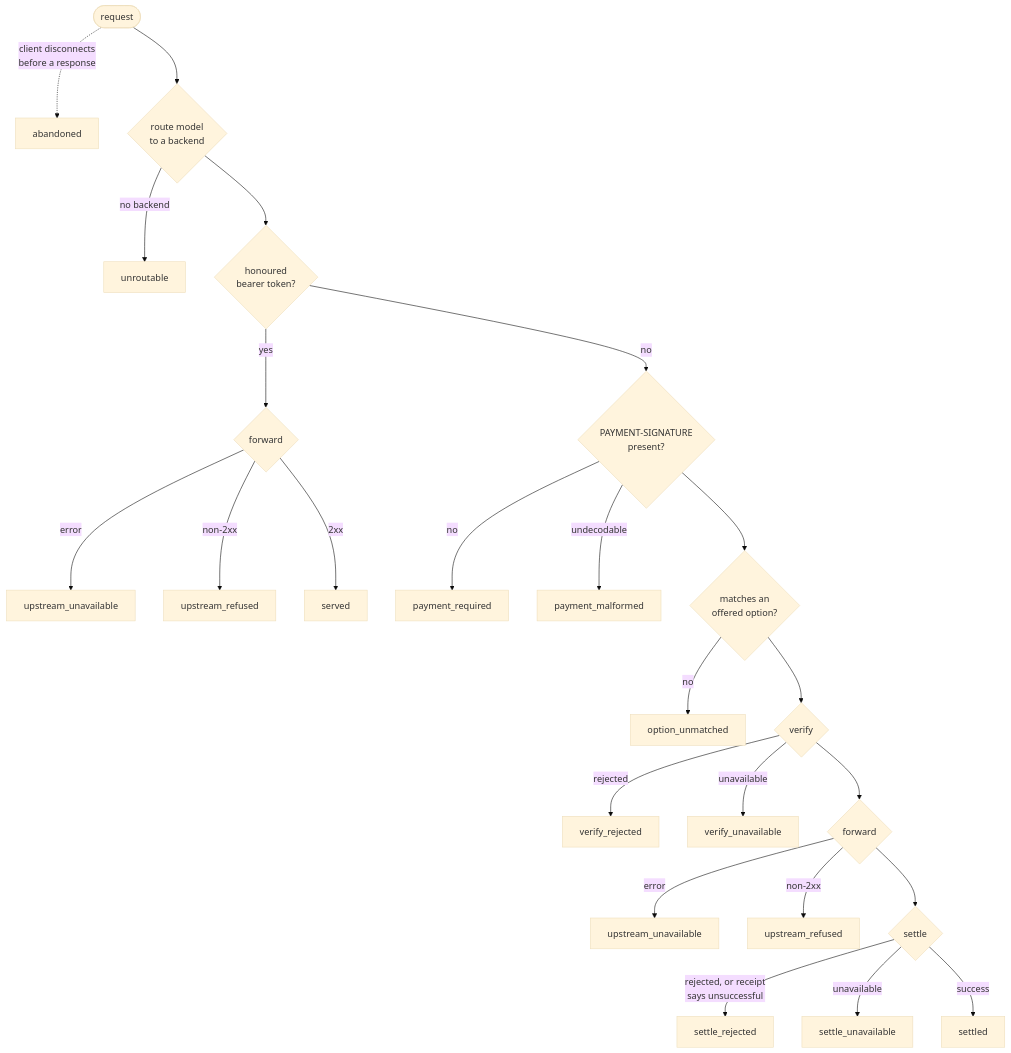
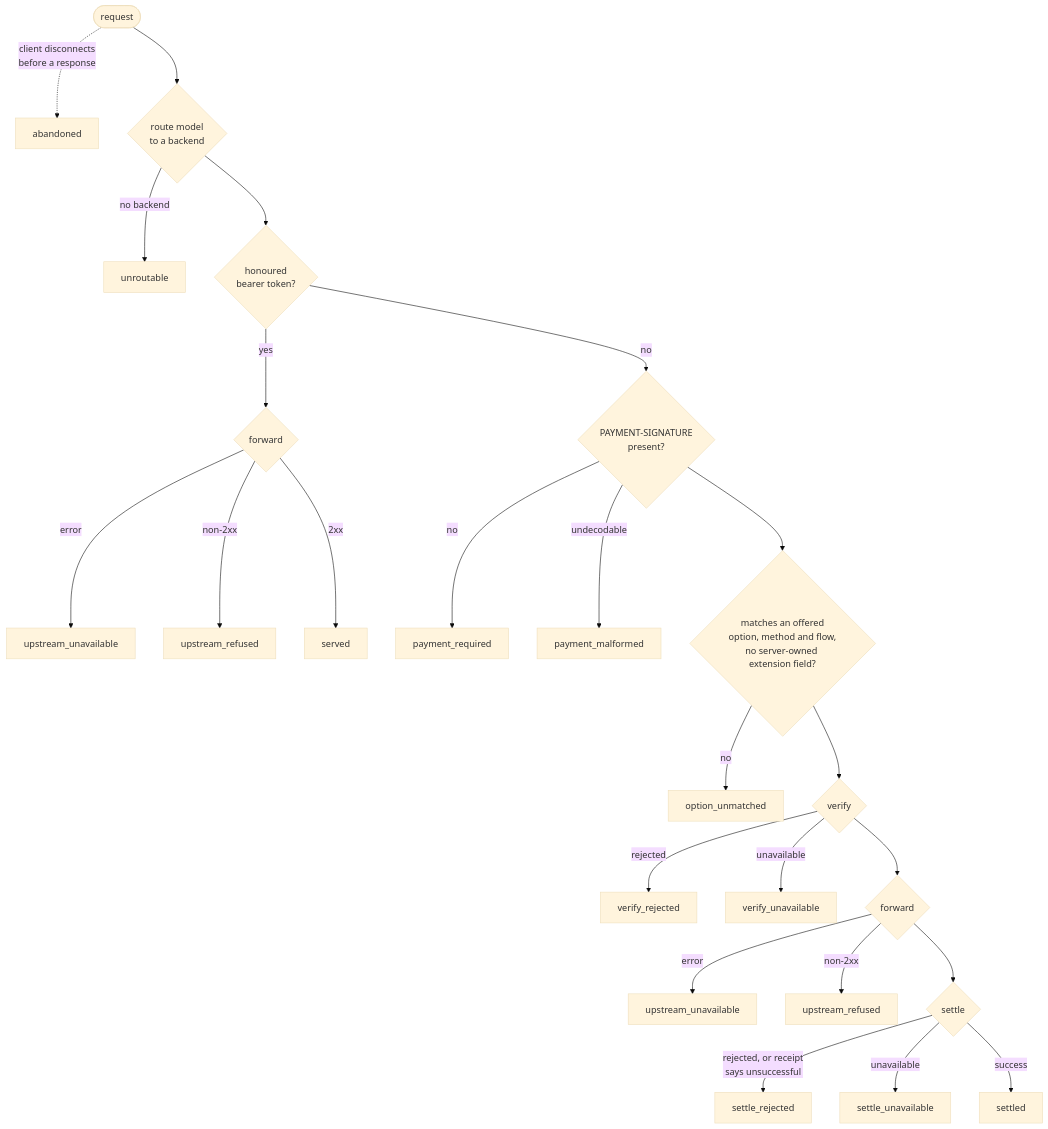
One commit to geekinasuit/obolus changed the diagram in docs/telemetry.md. Above: the diagram before and after it, drawn with Mermaid (base theme). The commit also changed 10 other files, not shown here.

First line of the commit message:
x402: refuse transfer methods and payment flows obolus does not run (#82)

````diff
--- a/docs/telemetry.md
+++ b/docs/telemetry.md
@@ -75,26 +75,26 @@
 ```mermaid
 flowchart TB
   req(["request"]) -.->|"client disconnects<br/>before a response"| abandoned["abandoned"]
   req --> route{"route model<br/>to a backend"}
   route -->|"no backend"| unroutable["unroutable"]
   route --> token{"honoured<br/>bearer token?"}
   token -->|"yes"| tfwd{"forward"}
   tfwd -->|"error"| t_unavail["upstream_unavailable"]
   tfwd -->|"non-2xx"| t_refused["upstream_refused"]
   tfwd -->|"2xx"| served["served"]
   token -->|"no"| hdr{"PAYMENT-SIGNATURE<br/>present?"}
   hdr -->|"no"| required["payment_required"]
   hdr -->|"undecodable"| malformed["payment_malformed"]
-  hdr --> match{"matches an<br/>offered option?"}
+  hdr --> match{"matches an offered<br/>option, method and flow,<br/>no server-owned extension field?"}
   match -->|"no"| unmatched["option_unmatched"]
   match --> verify{"verify"}
   verify -->|"rejected"| v_rej["verify_rejected"]
   verify -->|"unavailable"| v_unavail["verify_unavailable"]
   verify --> fwd{"forward"}
   fwd -->|"error"| u_unavail["upstream_unavailable"]
   fwd -->|"non-2xx"| u_refused["upstream_refused"]
   fwd --> settle{"settle"}
   settle -->|"rejected, or receipt<br/>says unsuccessful"| s_rej["settle_rejected"]
   settle -->|"unavailable"| s_unavail["settle_unavailable"]
   settle -->|"success"| settled["settled"]
 ```
````
